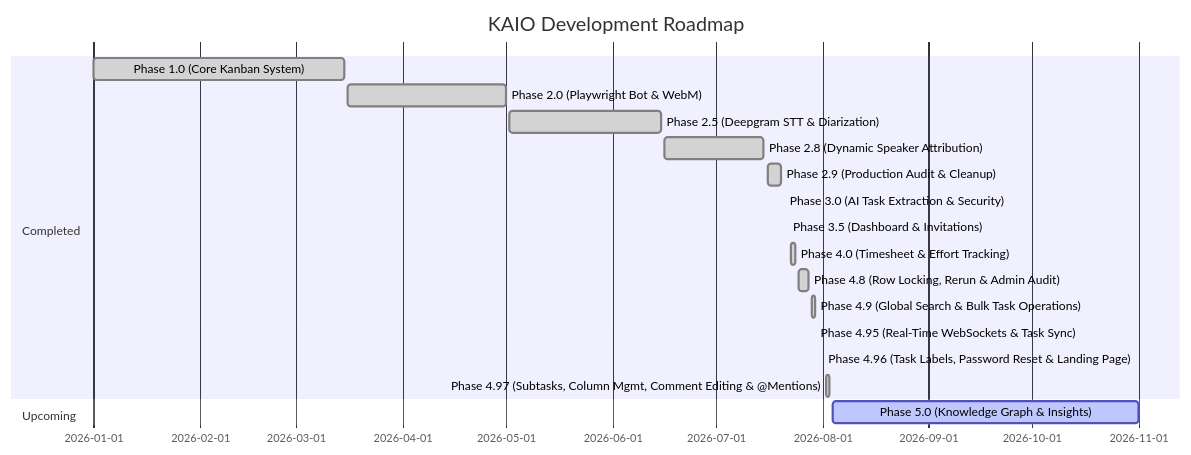
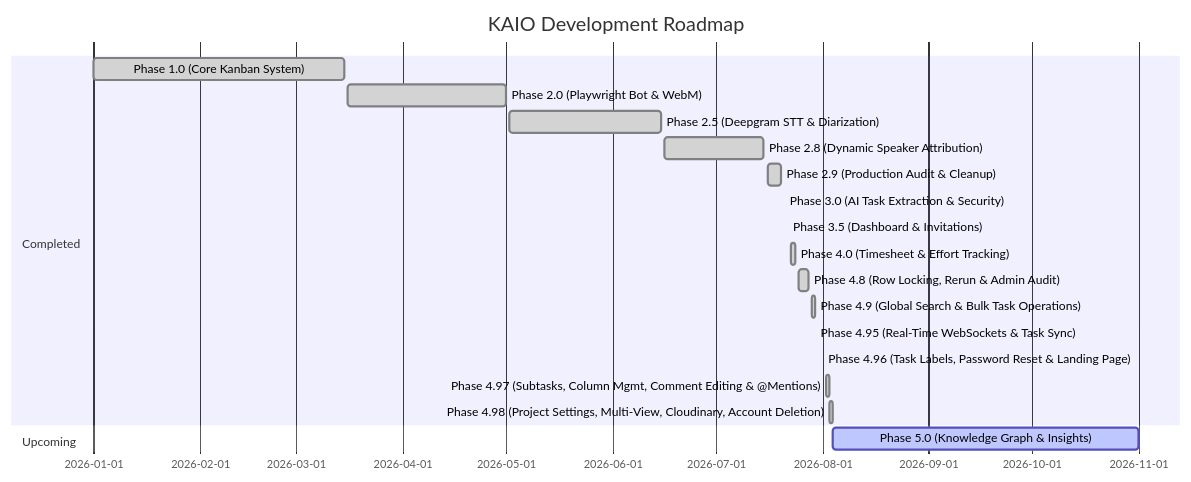
The second of 2 diagrams in docs/01_PROJECT_OVERVIEW.md (CoderArindam/kaio), drawn with Mermaid before and after one commit. The commit also changed other lines of this file and 10 other files, not shown here.

````diff
--- a/docs/01_PROJECT_OVERVIEW.md
+++ b/docs/01_PROJECT_OVERVIEW.md
@@ -145,21 +150,22 @@
 ```mermaid
 gantt
     title KAIO Development Roadmap
     dateFormat  YYYY-MM-DD
     section Completed
     Phase 1.0 (Core Kanban System)           :done,    p1, 2026-01-01, 2026-03-15
     Phase 2.0 (Playwright Bot & WebM)        :done,    p2, 2026-03-16, 2026-05-01
     Phase 2.5 (Deepgram STT & Diarization)   :done,    p3, 2026-05-02, 2026-06-15
     Phase 2.8 (Dynamic Speaker Attribution)  :done,    p4, 2026-06-16, 2026-07-15
     Phase 2.9 (Production Audit & Cleanup)   :done,    p5, 2026-07-16, 2026-07-20
     Phase 3.0 (AI Task Extraction & Security):done,    p6, 2026-07-21, 2026-07-21
     Phase 3.5 (Dashboard & Invitations)      :done,    p7, 2026-07-22, 2026-07-22
     Phase 4.0 (Timesheet & Effort Tracking)  :done,    p8, 2026-07-23, 2026-07-24
     Phase 4.8 (Row Locking, Rerun & Admin Audit):done,  p85, 2026-07-25, 2026-07-28
     Phase 4.9 (Global Search & Bulk Task Operations) :done,  p89, 2026-07-29, 2026-07-30
     Phase 4.95 (Real-Time WebSockets & Task Sync):done, p895, 2026-07-30, 2026-07-30
     Phase 4.96 (Task Labels, Password Reset & Landing Page):done, p896, 2026-08-01, 2026-08-01
     Phase 4.97 (Subtasks, Column Mgmt, Comment Editing & @Mentions):done, p897, 2026-08-02, 2026-08-03
+    Phase 4.98 (Project Settings, Multi-View, Cloudinary, Account Deletion):done, p898, 2026-08-03, 2026-08-04
     section Upcoming
     Phase 5.0 (Knowledge Graph & Insights)   :active,  p9, 2026-08-04, 2026-11-01
 ```
````
